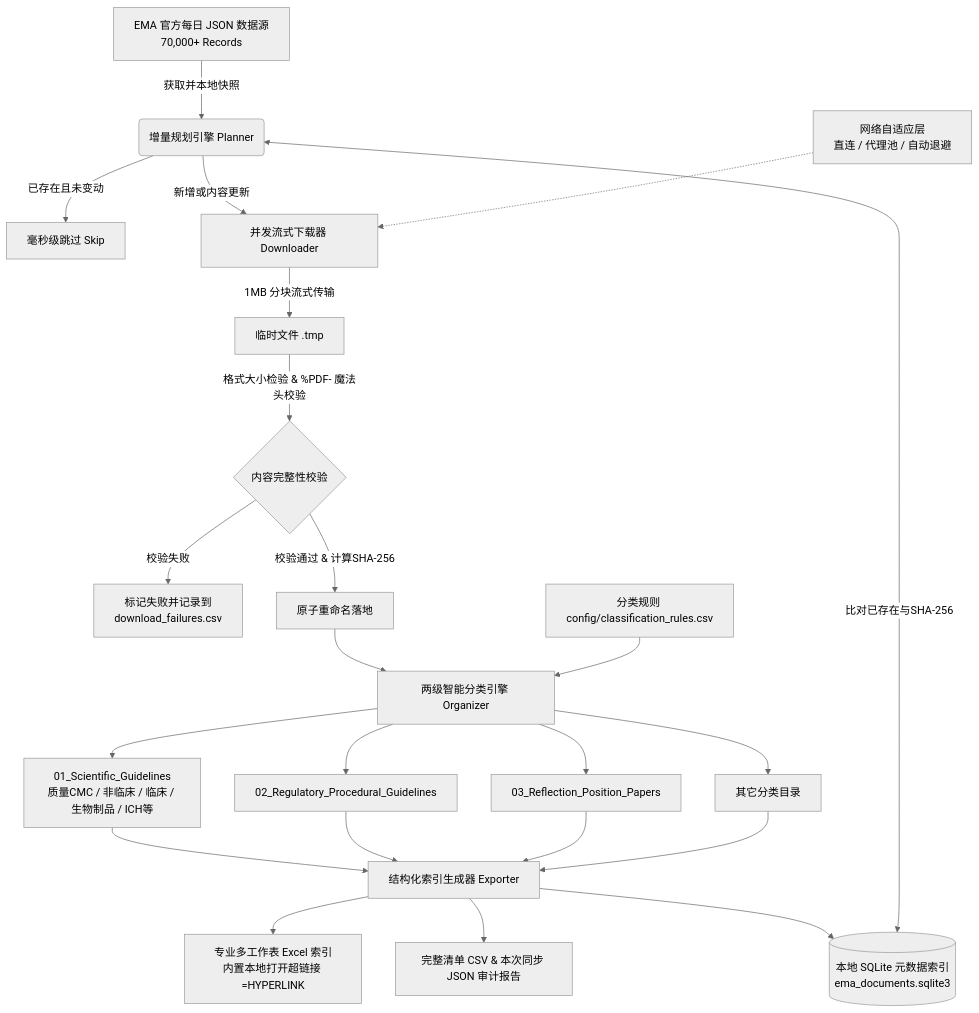
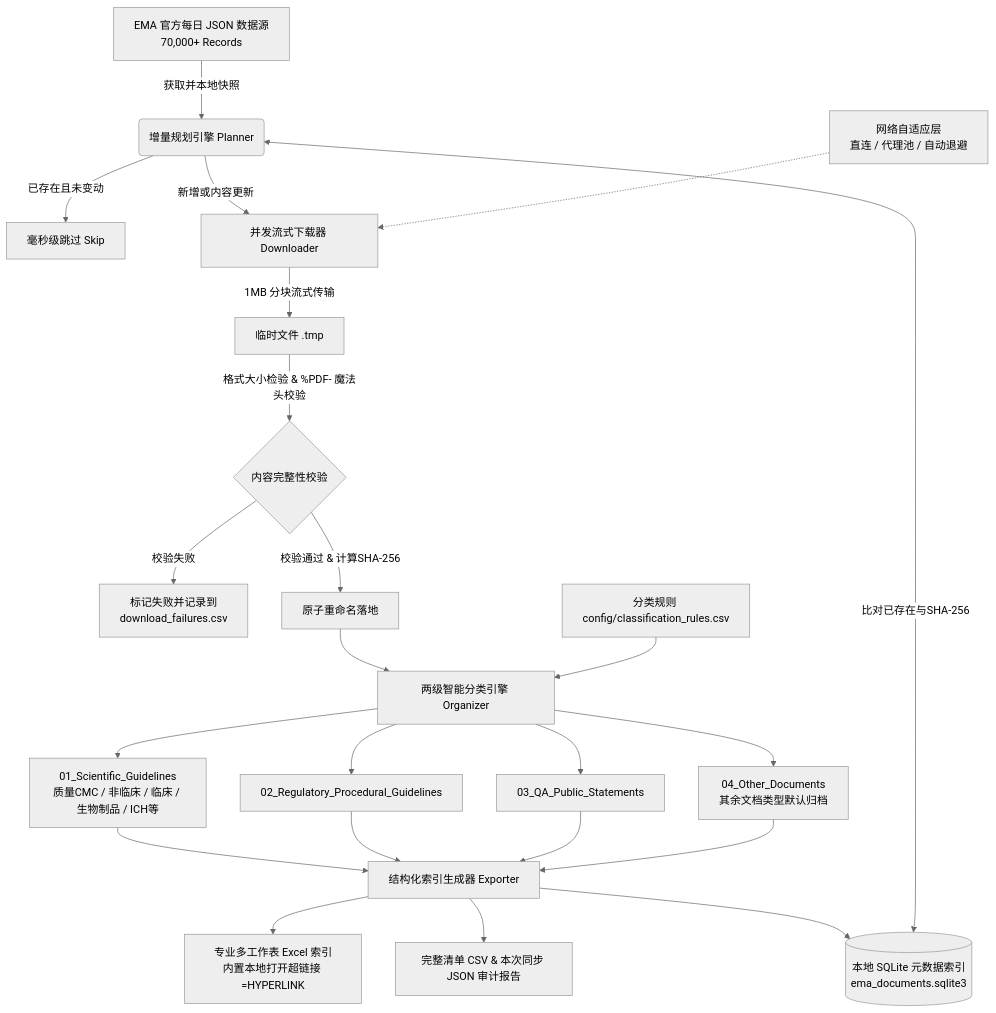
Before and after one commit to Fiveo9/EMADownloader: the diagram in README.md, drawn with Mermaid (neutral theme). The commit also changed other lines of this file and 3 other files, not shown here.

````diff
--- a/README.md
+++ b/README.md
@@ -51,28 +51,28 @@
 ```mermaid
 flowchart TD
     A[EMA 官方每日 JSON 数据源<br/>70,000+ Records] -->|获取并本地快照| B(增量规划引擎 Planner)
     LocalDB[(本地 SQLite 元数据索引<br/>ema_documents.sqlite3)] <-->|比对已存在与SHA-256| B
     
     B -->|已存在且未变动| C[毫秒级跳过 Skip]
     B -->|新增或内容更新| D[并发流式下载器 Downloader]
     
     Proxy[网络自适应层<br/>直连 / 代理池 / 自动退避] -.-> D
     
     D -->|1MB 分块流式传输| E[临时文件 .tmp]
     E -->|格式大小检验 & %PDF- 魔法头校验| F{内容完整性校验}
     F -->|校验失败| G[标记失败并记录到<br/>download_failures.csv]
     F -->|校验通过 & 计算SHA-256| H[原子重命名落地]
     
     H --> I[两级智能分类引擎 Organizer]
     RuleConfig[分类规则 config/classification_rules.csv] --> I
     
     I --> J1[01_Scientific_Guidelines<br/>质量CMC / 非临床 / 临床 / 生物制品 / ICH等]
     I --> J2[02_Regulatory_Procedural_Guidelines]
-    I --> J3[03_Reflection_Position_Papers]
-    I --> J4[其它分类目录]
+    I --> J3[03_QA_Public_Statements]
+    I --> J4[04_Other_Documents<br/>其余文档类型默认归档]
     
     J1 & J2 & J3 & J4 --> K[结构化索引生成器 Exporter]
     K --> L1[专业多工作表 Excel 索引<br/>内置本地打开超链接 =HYPERLINK]
     K --> L2[完整清单 CSV & 本次同步 JSON 审计报告]
     K --> LocalDB
 ```
````
